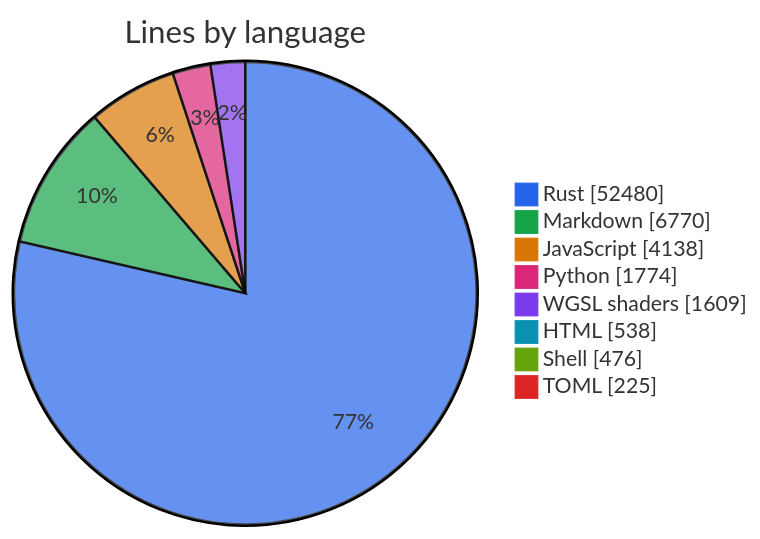
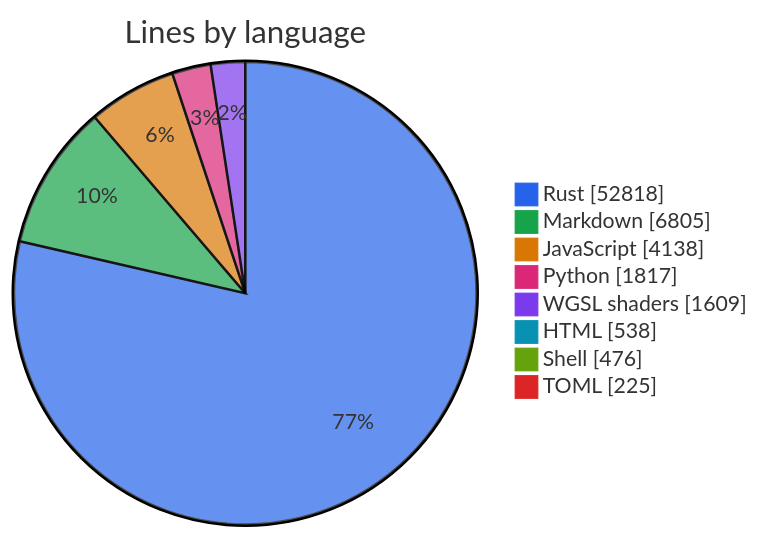
The first of 2 diagrams in metrics.md (thomascherickal/ferrum-gpu), drawn with Mermaid before and after one commit. The commit also changed other lines of this file and 50 other files, not shown here.

````diff
--- a/metrics.md
+++ b/metrics.md
@@ -22,12 +22,12 @@
 ```mermaid
 %%{init: {"theme": "base", "themeVariables": {"pie1": "#2563eb", "pie2": "#16a34a", "pie3": "#d97706", "pie4": "#db2777", "pie5": "#7c3aed", "pie6": "#0891b2", "pie7": "#65a30d", "pie8": "#dc2626"}}}%%
 pie showData title Lines by language
-    "Rust" : 52480
-    "Markdown" : 6770
+    "Rust" : 52818
+    "Markdown" : 6805
     "JavaScript" : 4138
-    "Python" : 1774
+    "Python" : 1817
     "WGSL shaders" : 1609
     "HTML" : 538
     "Shell" : 476
     "TOML" : 225
 ```
````
